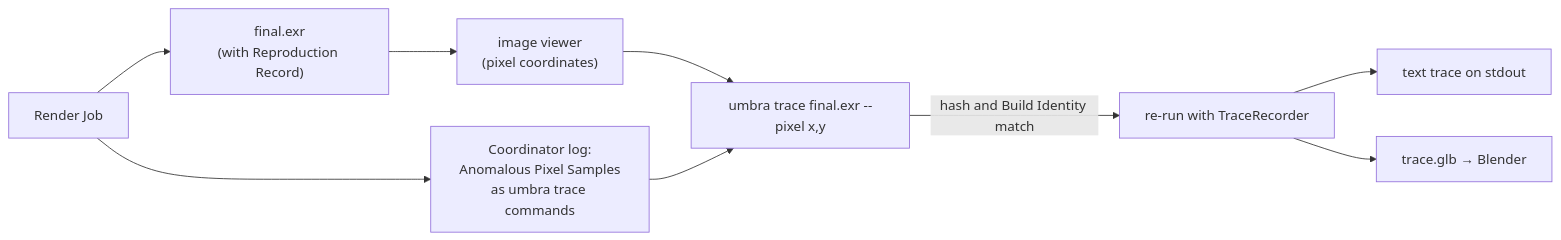
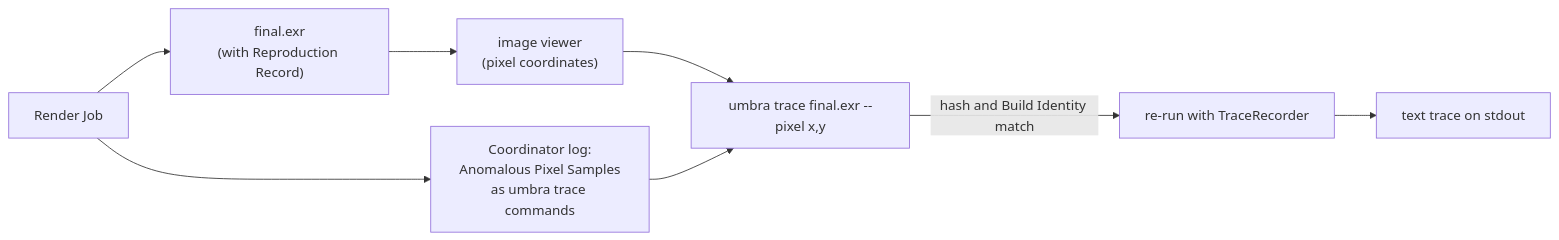
One commit to sergioffpc/umbra changed the seventh of 11 diagrams in docs/architecture/08-crosscutting-concepts.md. Above: the diagram before and after it, drawn with Mermaid. The commit also changed other lines of this file and 6 other files, not shown here.

````diff
--- a/docs/architecture/08-crosscutting-concepts.md
+++ b/docs/architecture/08-crosscutting-concepts.md
@@ -212,11 +211,10 @@
 ```mermaid
 flowchart LR
     R["Render Job"] --> I["final.exr<br/>(with Reproduction Record)"]
     R --> G["Coordinator log:<br/>Anomalous Pixel Samples<br/>as umbra trace commands"]
     I --> V["image viewer<br/>(pixel coordinates)"]
     V --> T["umbra trace final.exr --pixel x,y"]
     G --> T
     T -->|"hash and Build Identity match"| E["re-run with TraceRecorder"]
     E --> X["text trace on stdout"]
-    E --> B["trace.glb → Blender"]
 ```
````
